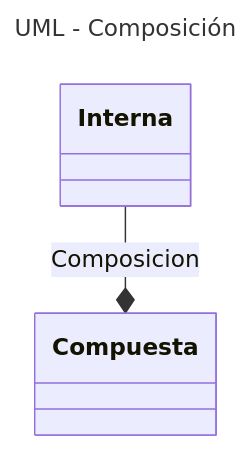
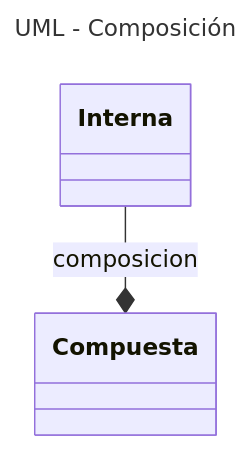
Before and after one commit to alejrot/python-docs: the first of 5 diagrams in docs/clases/relaciones.md, drawn with Mermaid. The commit also changed other lines of this file and 1 other file, not shown here.

````diff
--- a/docs/clases/relaciones.md
+++ b/docs/clases/relaciones.md
@@ -61,7 +64,7 @@
 ```mermaid
 ---
 title: UML - Composición
 ---
 classDiagram
-    Interna --* Compuesta : Composicion
+    Interna --* Compuesta : composicion
 ```
````
